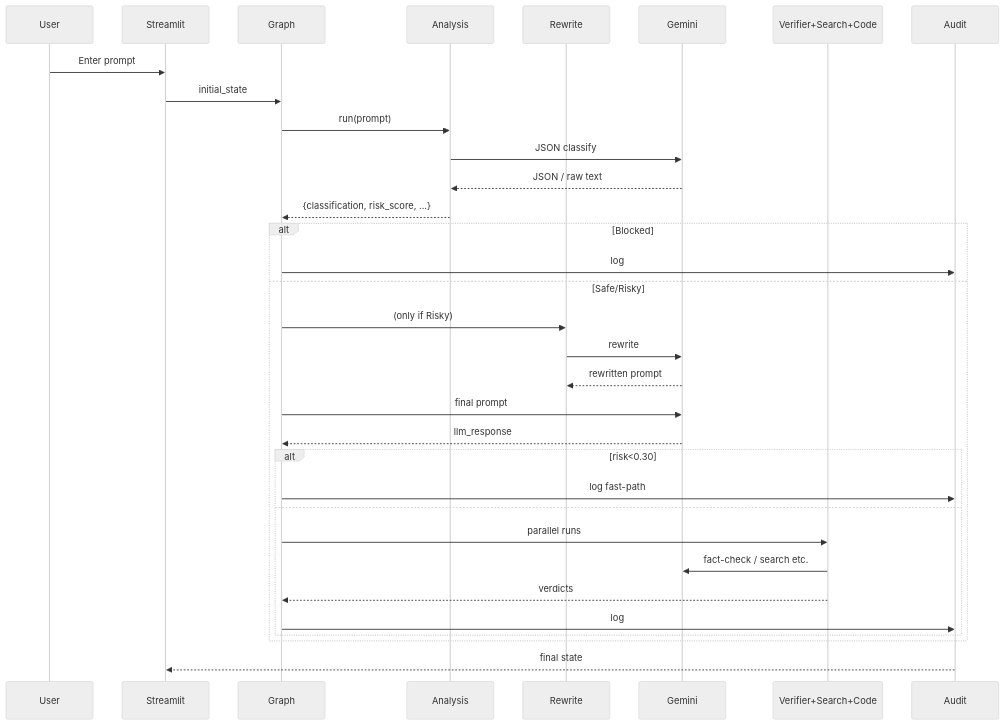
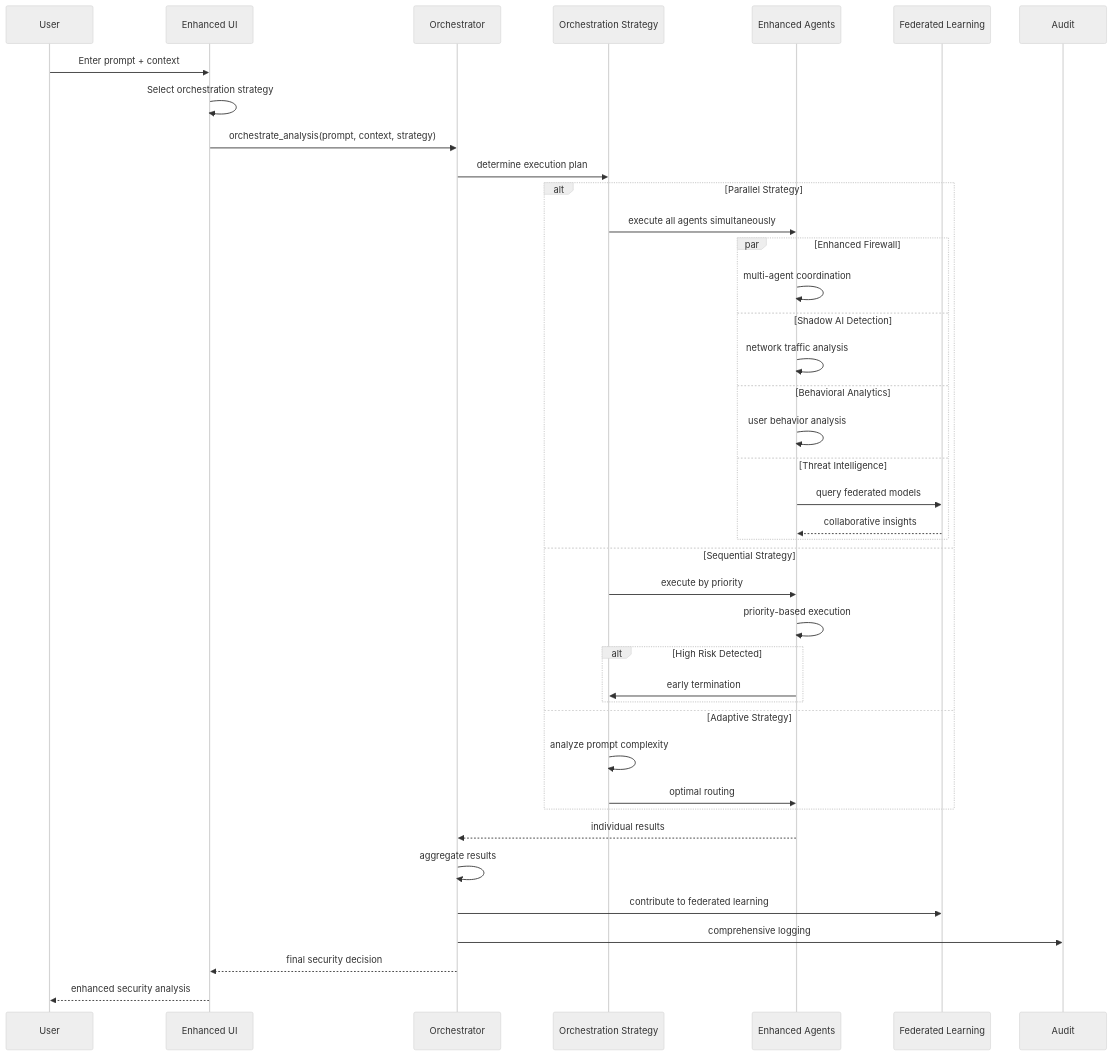
The third of 3 diagrams in docs/architecture.md (Prudhvi333333/neuroshieldDemo), drawn with Mermaid (neutral theme) before and after one commit. The commit also changed other lines of this file and 43 other files, not shown here.

````diff
--- a/docs/architecture.md
+++ b/docs/architecture.md
@@ -113,36 +187,45 @@
 ```mermaid
 sequenceDiagram
     participant User
-    participant UI as Streamlit
-    participant Graph
-    participant Analysis
-    participant Rewrite
-    participant Gemini
-    participant Verify as Verifier+Search+Code
+    participant UI as Enhanced UI
+    participant Orchestrator
+    participant Strategy as Orchestration Strategy
+    participant Agents as Enhanced Agents
+    participant FL as Federated Learning
     participant Audit
 
-    User->>UI: Enter prompt
-    UI->>Graph: initial_state
-    Graph->>Analysis: run(prompt)
-    Analysis->>Gemini: JSON classify
-    Gemini-->>Analysis: JSON / raw text
-    Analysis-->>Graph: {classification, risk_score, ...}
-    alt Blocked
-        Graph->>Audit: log
-    else Safe/Risky
-        Graph->>Rewrite: (only if Risky)
-        Rewrite->>Gemini: rewrite
-        Gemini-->>Rewrite: rewritten prompt
-        Graph->>Gemini: final prompt
-        Gemini-->>Graph: llm_response
-        alt risk<0.30
-            Graph->>Audit: log fast-path
-        else
-            Graph->>Verify: parallel runs
-            Verify->>Gemini: fact-check / search etc.
-            Verify-->>Graph: verdicts
-            Graph->>Audit: log
+    User->>UI: Enter prompt + context
+    UI->>UI: Select orchestration strategy
+    UI->>Orchestrator: orchestrate_analysis(prompt, context, strategy)
+    Orchestrator->>Strategy: determine execution plan
+    
+    alt Parallel Strategy
+        Strategy->>Agents: execute all agents simultaneously
+        par Enhanced Firewall
+            Agents->>Agents: multi-agent coordination
+        and Shadow AI Detection
+            Agents->>Agents: network traffic analysis
+        and Behavioral Analytics
+            Agents->>Agents: user behavior analysis
+        and Threat Intelligence
+            Agents->>FL: query federated models
+            FL-->>Agents: collaborative insights
         end
+    else Sequential Strategy
+        Strategy->>Agents: execute by priority
+        Agents->>Agents: priority-based execution
+        alt High Risk Detected
+            Agents->>Strategy: early termination
+        end
+    else Adaptive Strategy
+        Strategy->>Strategy: analyze prompt complexity
+        Strategy->>Agents: optimal routing
     end
-    Audit-->>UI: final state
+    
+    Agents-->>Orchestrator: individual results
+    Orchestrator->>Orchestrator: aggregate results
+    Orchestrator->>FL: contribute to federated learning
+    Orchestrator->>Audit: comprehensive logging
+    Orchestrator-->>UI: final security decision
+    UI-->>User: enhanced security analysis
 ```
````
